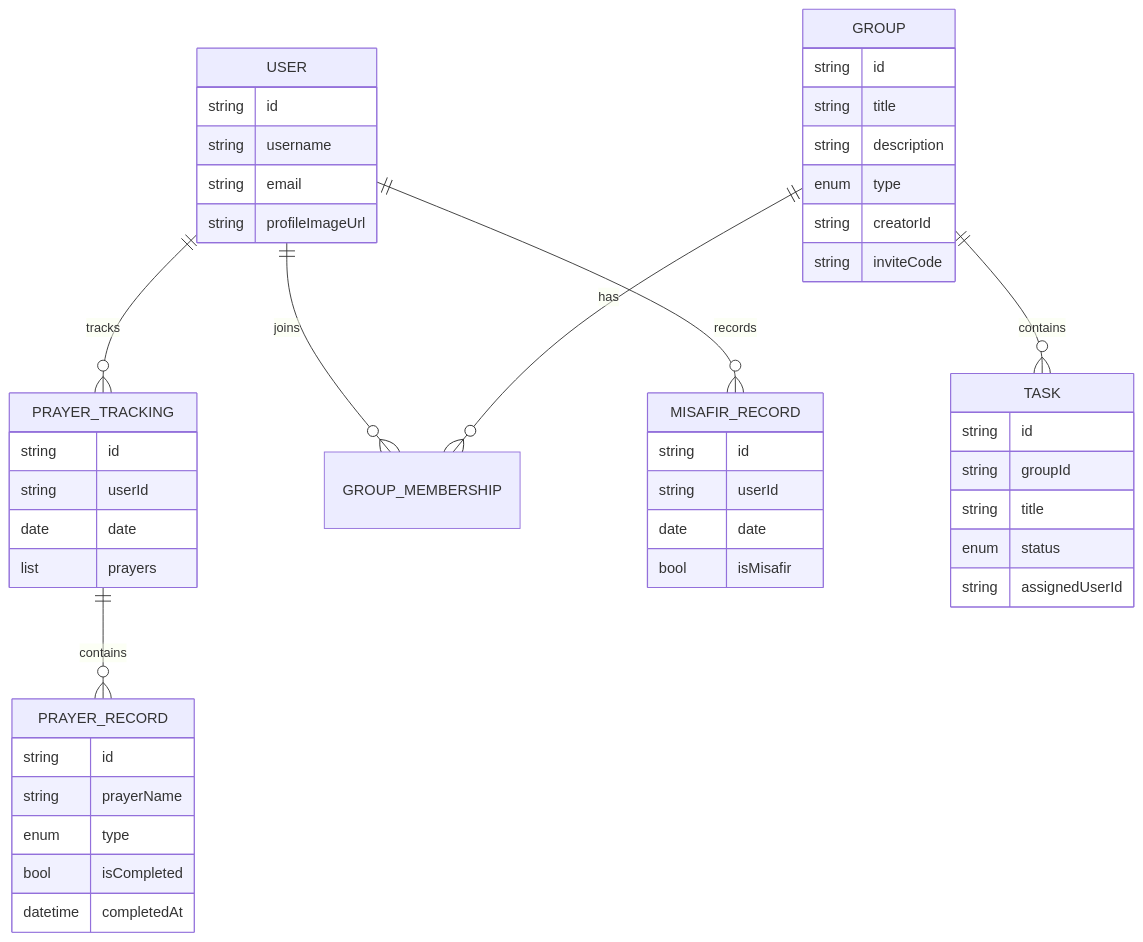
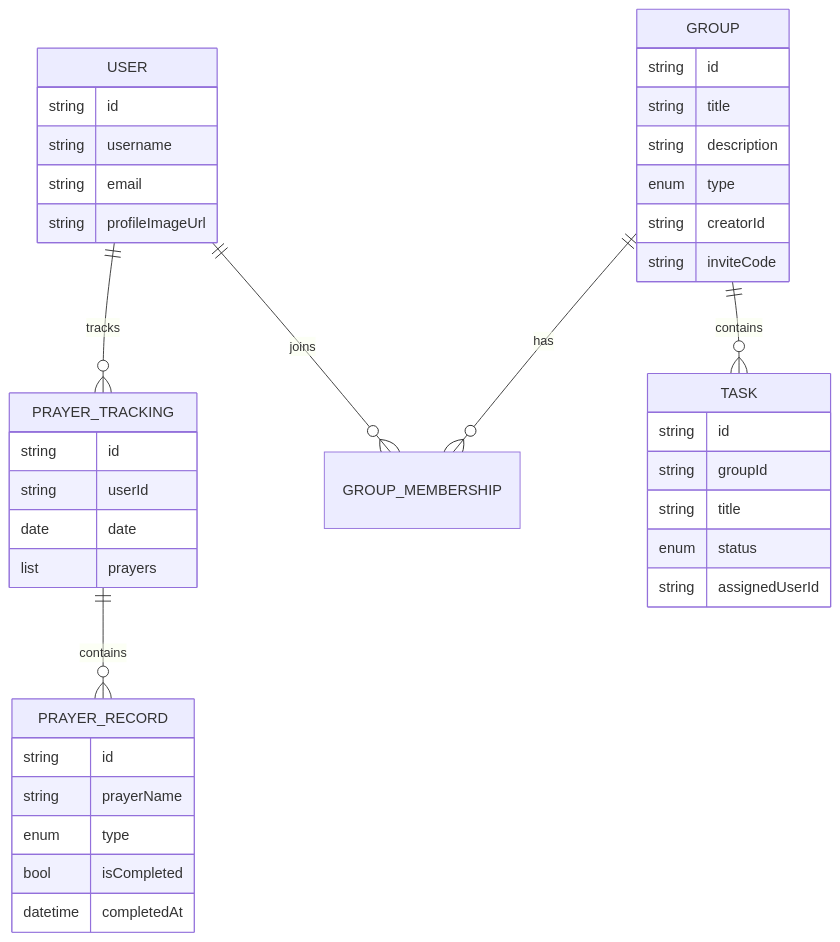
Before and after one commit to mr-dokur-QA/hayirhah: the third of 3 diagrams in aboutApp.md, drawn with Mermaid. The commit also changed other lines of this file and 2 other files, not shown here.

````diff
--- a/aboutApp.md
+++ b/aboutApp.md
@@ -318,57 +313,50 @@
 ```mermaid
 erDiagram
     USER ||--o{ PRAYER_TRACKING : tracks
     USER ||--o{ GROUP_MEMBERSHIP : joins
-    USER ||--o{ MISAFIR_RECORD : records
     
     GROUP ||--o{ GROUP_MEMBERSHIP : has
     GROUP ||--o{ TASK : contains
     
     PRAYER_TRACKING ||--o{ PRAYER_RECORD : contains
     
     USER {
         string id
         string username
         string email
         string profileImageUrl
     }
     
     PRAYER_TRACKING {
         string id
         string userId
         date date
         list prayers
     }
     
     PRAYER_RECORD {
         string id
         string prayerName
         enum type
         bool isCompleted
         datetime completedAt
     }
     
     GROUP {
         string id
         string title
         string description
         enum type
         string creatorId
         string inviteCode
     }
     
     TASK {
         string id
         string groupId
         string title
         enum status
         string assignedUserId
     }
     
-    MISAFIR_RECORD {
-        string id
-        string userId
-        date date
-        bool isMisafir
-    }
 ```
````
